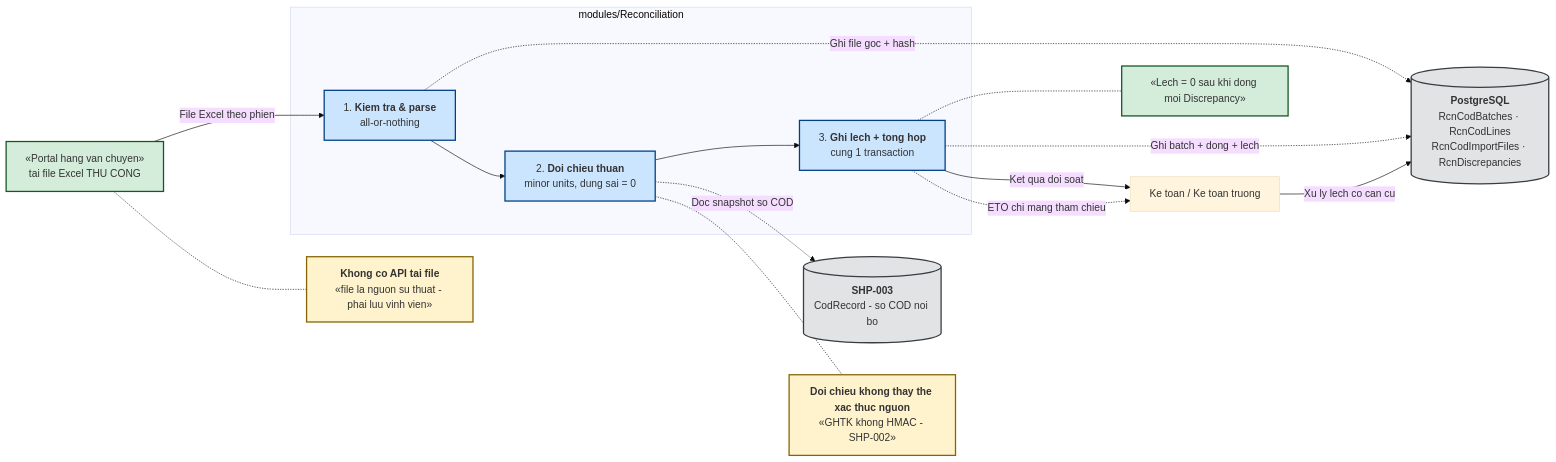
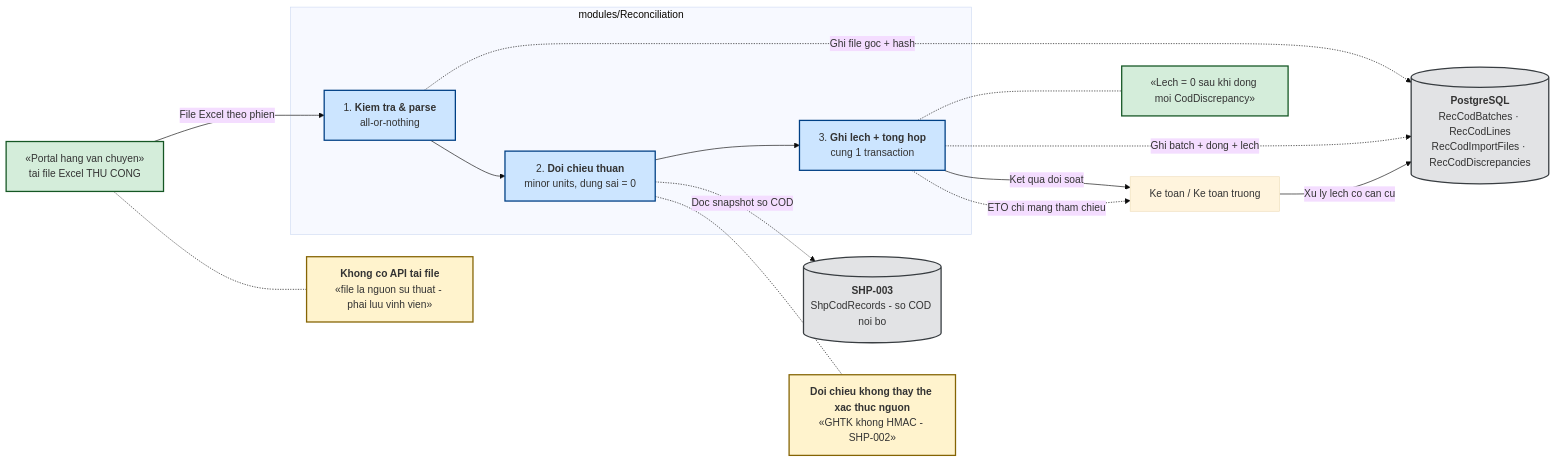
One commit to hungnt9801/eCommerce changed the fourth of 5 diagrams in docs/features/reconciliation/rec-003-doi-soat-cod-import-excel.md. Above: the diagram before and after it, drawn with Mermaid (base theme). The commit also changed other lines of this file and 8 other files, not shown here.

````diff
--- a/docs/features/reconciliation/rec-003-doi-soat-cod-import-excel.md
+++ b/docs/features/reconciliation/rec-003-doi-soat-cod-import-excel.md
@@ -248,42 +252,42 @@
 ```mermaid
 graph LR
     classDef actor fill:#d4edda,stroke:#155724,stroke-width:2px;
     classDef process fill:#cce5ff,stroke:#004085,stroke-width:2px;
     classDef datastore fill:#e2e3e5,stroke:#383d41,stroke-width:2px;
     classDef warn fill:#fff3cd,stroke:#856404,stroke-width:2px;
     classDef ok fill:#d4edda,stroke:#155724,stroke-width:2px;
 
     PORTAL["«Portal hang van chuyen»<br/>tai file Excel THU CONG"]
-    SHP[("<b>SHP-003</b><br/>CodRecord - so COD noi bo")]
-    DB[("<b>PostgreSQL</b><br/>RcnCodBatches · RcnCodLines<br/>RcnCodImportFiles · RcnDiscrepancies")]
+    SHP[("<b>SHP-003</b><br/>ShpCodRecords - so COD noi bo")]
+    DB[("<b>PostgreSQL</b><br/>RecCodBatches · RecCodLines<br/>RecCodImportFiles · RecCodDiscrepancies")]
     ACC["Ke toan / Ke toan truong"]
 
     class PORTAL actor;
     class SHP,DB datastore;
 
     subgraph RECMOD["modules/Reconciliation"]
         P1["1. <b>Kiem tra & parse</b><br/>all-or-nothing"]
         P2["2. <b>Doi chieu thuan</b><br/>minor units, dung sai = 0"]
         P3["3. <b>Ghi lech + tong hop</b><br/>cung 1 transaction"]
         class P1,P2,P3 process;
         P1 --> P2 --> P3
     end
 
     PORTAL -- "File Excel theo phien" --> P1
     P1 -. "Ghi file goc + hash" .-> DB
     P2 -. "Doc snapshot so COD" .-> SHP
     P3 -. "Ghi batch + dong + lech" .-> DB
     P3 -- "Ket qua doi soat" --> ACC
     ACC -- "Xu ly lech co can cu" --> DB
     P3 -. "ETO chi mang tham chieu" .-> ACC
 
     F["<b>Khong co API tai file</b><br/>«file la nguon su thuat - phai luu vinh vien»"]
     G["<b>Doi chieu khong thay the xac thuc nguon</b><br/>«GHTK khong HMAC - SHP-002»"]
     class F,G warn;
     PORTAL -.- F
     P2 -.- G
 
-    H["«Lech = 0 sau khi dong moi Discrepancy»"]
+    H["«Lech = 0 sau khi dong moi CodDiscrepancy»"]
     class H ok;
     P3 -.- H
 ```
````
